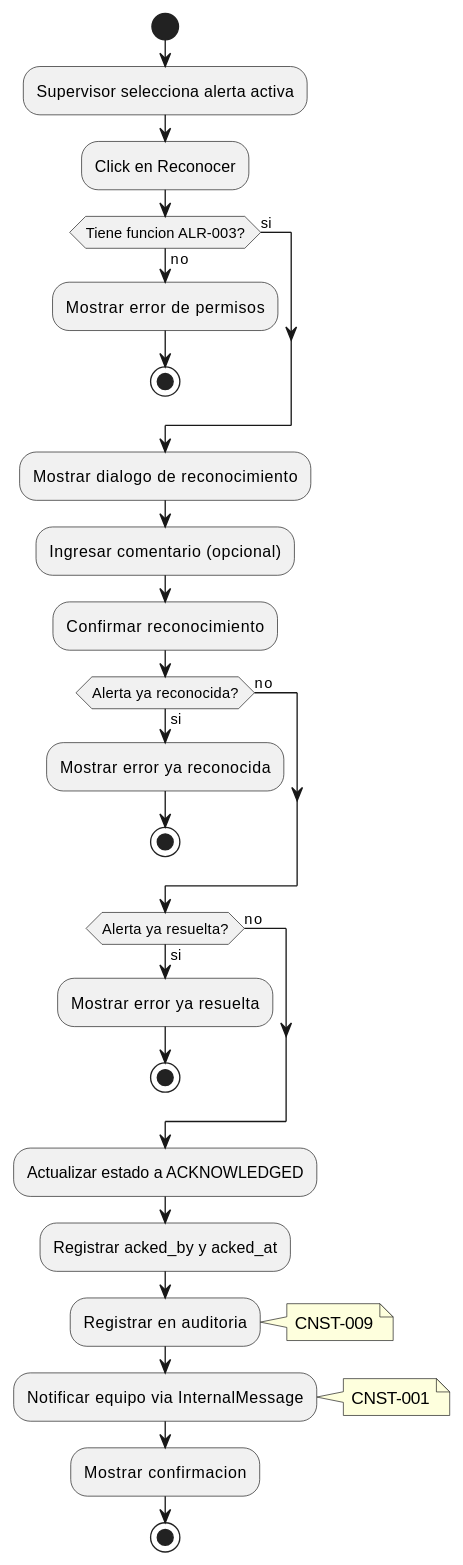
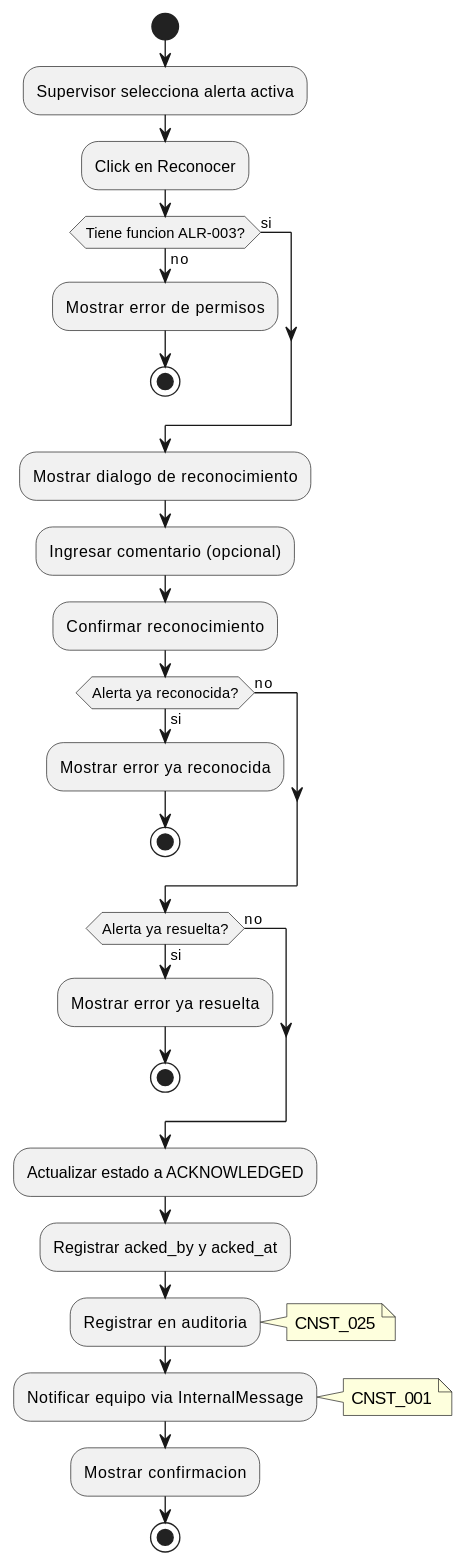
One commit to jcg-admin/IACT-docs changed the third of 3 diagrams in source/requisitos/casos_uso/alerts/UC_ALR_03_Reconocer_Alerta.rst. Above: the diagram before and after it, drawn with PlantUML. The commit also changed other lines of this file and 67 other files, not shown here.

```diff
--- a/source/requisitos/casos_uso/alerts/UC_ALR_03_Reconocer_Alerta.rst
+++ b/source/requisitos/casos_uso/alerts/UC_ALR_03_Reconocer_Alerta.rst
@@ -327,43 +327,43 @@
 .. uml::
    :caption: Diagrama de Actividad - UC_ALR_03
 
    @startuml
    start
    :Supervisor selecciona alerta activa;
    :Click en Reconocer;
 
    if (Tiene funcion ALR-003?) then (no)
      :Mostrar error de permisos;
      stop
    else (si)
    endif
 
    :Mostrar dialogo de reconocimiento;
    :Ingresar comentario (opcional);
    :Confirmar reconocimiento;
 
    if (Alerta ya reconocida?) then (si)
      :Mostrar error ya reconocida;
      stop
    else (no)
    endif
 
    if (Alerta ya resuelta?) then (si)
      :Mostrar error ya resuelta;
      stop
    else (no)
    endif
 
    :Actualizar estado a ACKNOWLEDGED;
    :Registrar acked_by y acked_at;
 
    :Registrar en auditoria;
-   note right: CNST-009
+   note right: CNST_025
 
    :Notificar equipo via InternalMessage;
-   note right: CNST-001
+   note right: CNST_001
 
    :Mostrar confirmacion;
 
    stop
    @enduml
```
